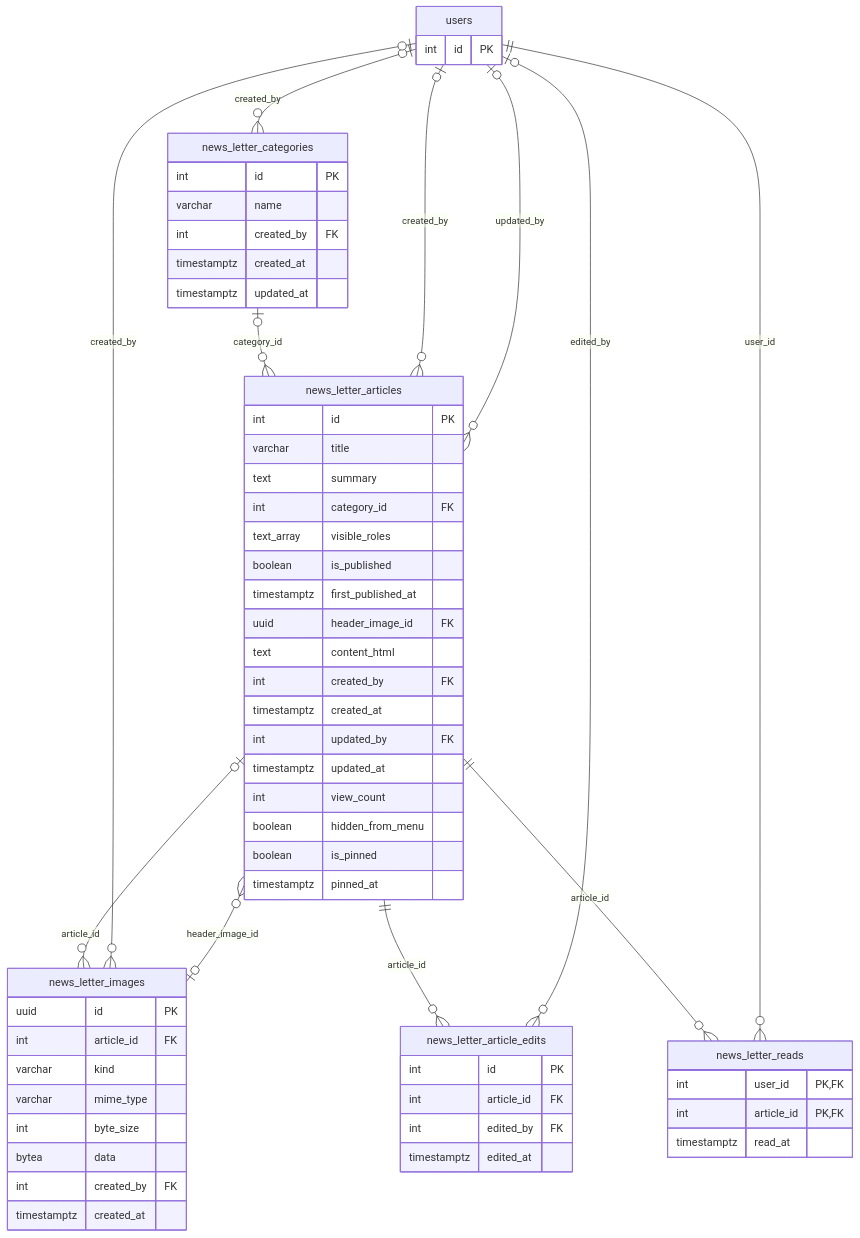
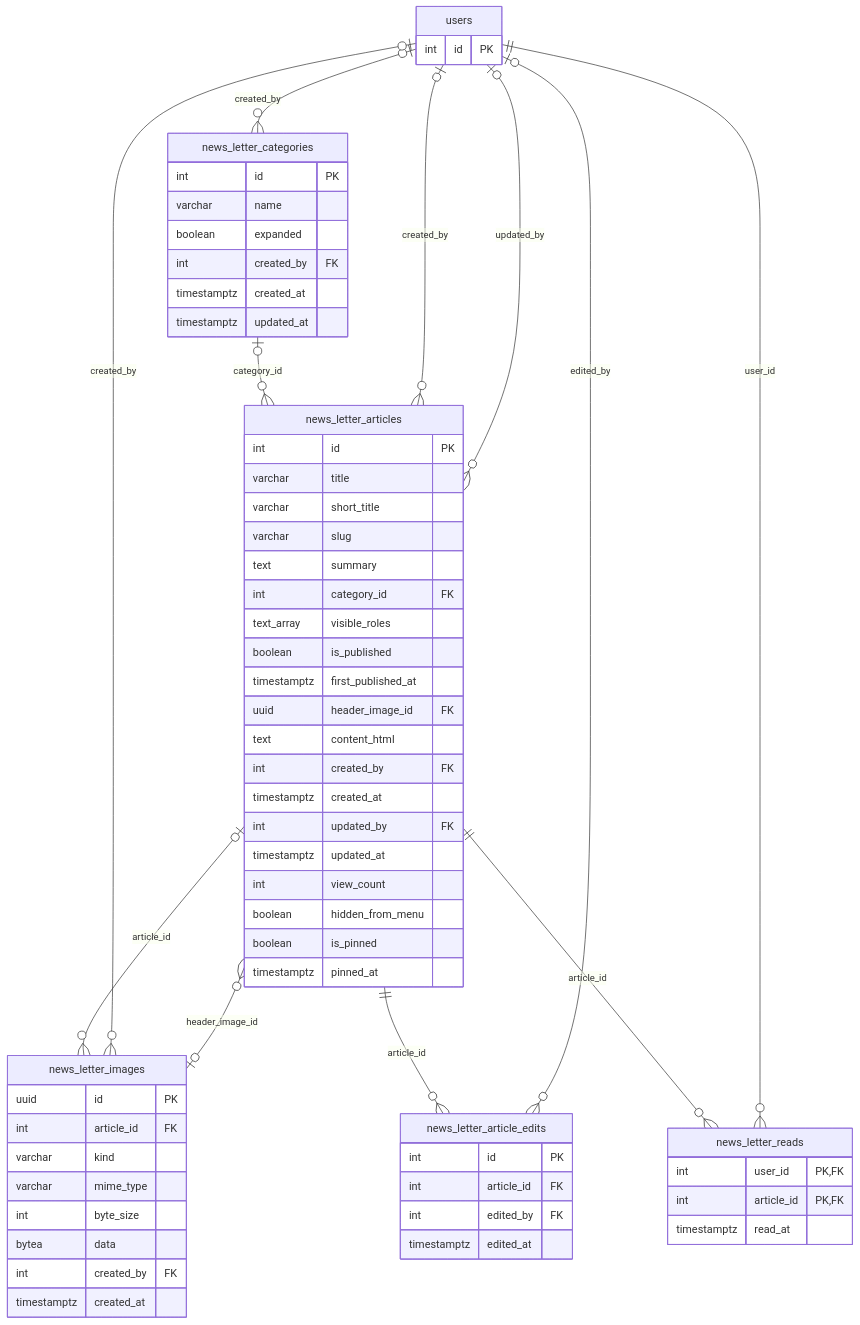
One commit to dminhbb/ttm-tool changed diagram 11 of 13 in docs/database-erd.md. Above: the diagram before and after it, drawn with Mermaid. The commit also changed other lines of this file and 46 other files, not shown here.

````diff
--- a/docs/database-erd.md
+++ b/docs/database-erd.md
@@ -1969,64 +1969,67 @@
 ```mermaid
 erDiagram
     news_letter_articles {
         int id PK
         varchar title
+        varchar short_title
+        varchar slug
         text summary
         int category_id FK
         text_array visible_roles
         boolean is_published
         timestamptz first_published_at
         uuid header_image_id FK
         text content_html
         int created_by FK
         timestamptz created_at
         int updated_by FK
         timestamptz updated_at
         int view_count
         boolean hidden_from_menu
         boolean is_pinned
         timestamptz pinned_at
     }
     news_letter_categories {
         int id PK
         varchar name
+        boolean expanded
         int created_by FK
         timestamptz created_at
         timestamptz updated_at
     }
     news_letter_images {
         uuid id PK
         int article_id FK
         varchar kind
         varchar mime_type
         int byte_size
         bytea data
         int created_by FK
         timestamptz created_at
     }
     news_letter_article_edits {
         int id PK
         int article_id FK
         int edited_by FK
         timestamptz edited_at
     }
     news_letter_reads {
         int user_id PK, FK
         int article_id PK, FK
         timestamptz read_at
     }
     users {
         int id PK
     }
     news_letter_categories |o--o{ news_letter_articles : "category_id"
     users |o--o{ news_letter_articles : "created_by"
     news_letter_images |o--o{ news_letter_articles : "header_image_id"
     users |o--o{ news_letter_articles : "updated_by"
     users |o--o{ news_letter_categories : "created_by"
     news_letter_articles |o--o{ news_letter_images : "article_id"
     users |o--o{ news_letter_images : "created_by"
     news_letter_articles ||--o{ news_letter_article_edits : "article_id"
     users |o--o{ news_letter_article_edits : "edited_by"
     news_letter_articles ||--o{ news_letter_reads : "article_id"
     users ||--o{ news_letter_reads : "user_id"
 ```
````
